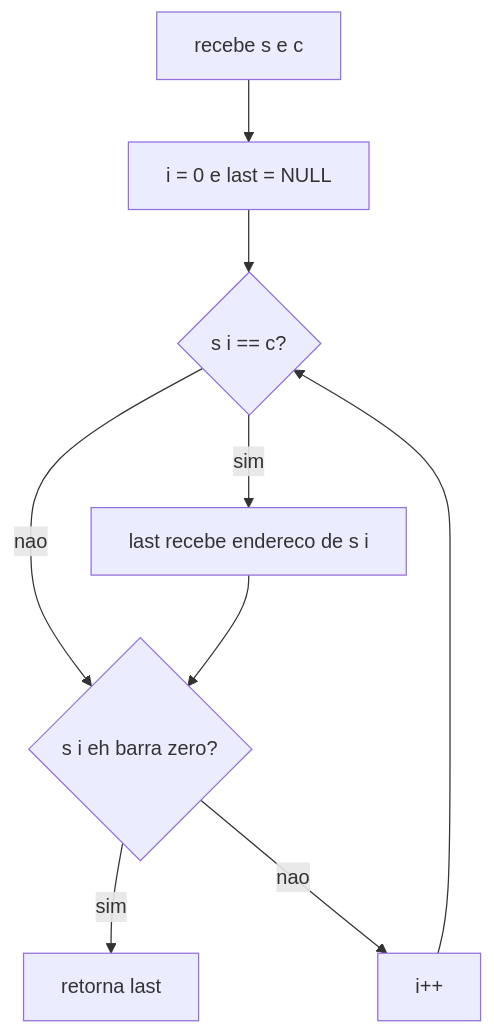
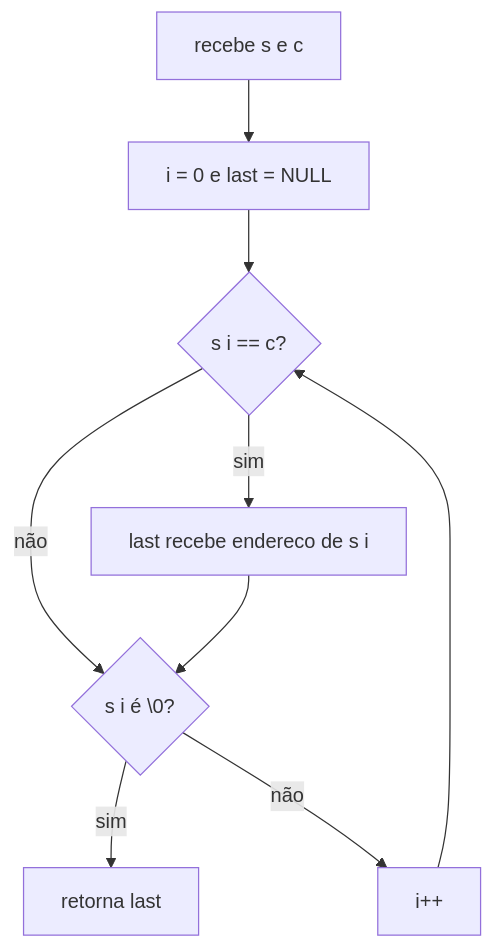
One commit to ahy-git/docs changed diagram 16 of 43 in 1-libft/Readme.md. Above: the diagram before and after it, drawn with Mermaid. The commit also changed other lines of this file and 1 other file, not shown here.

````diff
--- a/1-libft/Readme.md
+++ b/1-libft/Readme.md
@@ -1484,11 +1416,11 @@
 ```mermaid
 flowchart TD
-	A[recebe s e c] --> B[i = 0 e last = NULL]
-	B --> C{s i == c?}
-	C -- sim --> D[last recebe endereco de s i]
-	C -- nao --> E{s i eh barra zero?}
+	A["recebe s e c"] --> B["i = 0 e last = NULL"]
+	B --> C{"s i == c?"}
+	C -- sim --> D["last recebe endereco de s i"]
+	C -- não --> E{"s i é \0?"}
 	D --> E
-	E -- sim --> F[retorna last]
-	E -- nao --> G[i++]
+	E -- sim --> F["retorna last"]
+	E -- não --> G["i++"]
 	G --> C
 ```
````
